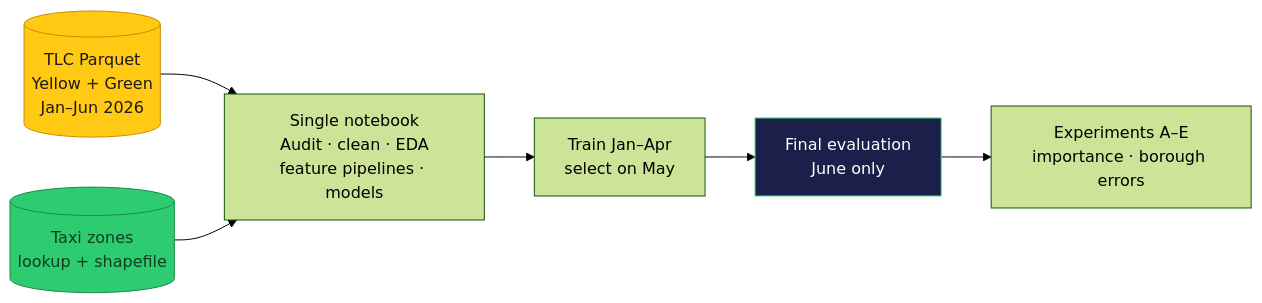
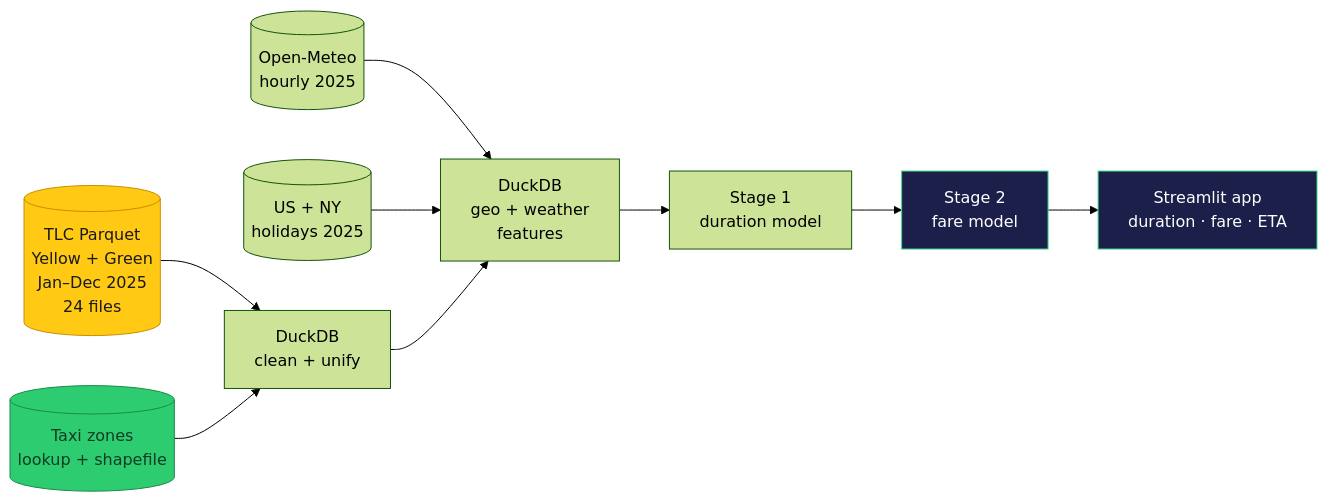
Before and after one commit to Shreyit/nyc-taxi-ml: the diagram in README.md, drawn with Mermaid (forest theme). The commit also changed other lines of this file and 13 other files, not shown here.

First line of the commit message:
Clean out superseded artefacts and refresh the fleet-imbalance chart

````diff
--- a/README.md
+++ b/README.md
@@ -69,12 +49,16 @@
 ```mermaid
 flowchart LR
-    A[("TLC Parquet<br/>Yellow + Green<br/>Jan–Jun 2026")] --> B["Single notebook<br/>Audit · clean · EDA<br/>feature pipelines · models"]
+    A[("TLC Parquet<br/>Yellow + Green<br/>Jan–Dec 2025<br/>24 files")] --> B["DuckDB<br/>clean + unify"]
     Z[("Taxi zones<br/>lookup + shapefile")] --> B
-    B --> C["Train Jan–Apr<br/>select on May"]
-    C --> D["Final evaluation<br/>June only"]
-    D --> E["Experiments A–E<br/>importance · borough errors"]
+    W[("Open-Meteo<br/>hourly 2025")] --> C
+    H[("US + NY<br/>holidays 2025")] --> C
+    B --> C["DuckDB<br/>geo + weather<br/>features"]
+    C --> D["Stage 1<br/>duration model"]
+    D --> E["Stage 2<br/>fare model"]
+    E --> F["Streamlit app<br/>duration · fare · ETA"]
 
     style A fill:#ffc914,stroke:#c98f00,color:#1a1a1a
     style Z fill:#2ecc71,stroke:#1b8a4a,color:#0f3d22
-    style D fill:#1b1f4a,stroke:#3ddc84,color:#ffffff
+    style E fill:#1b1f4a,stroke:#3ddc84,color:#ffffff
+    style F fill:#1b1f4a,stroke:#3ddc84,color:#ffffff
 ```
````
